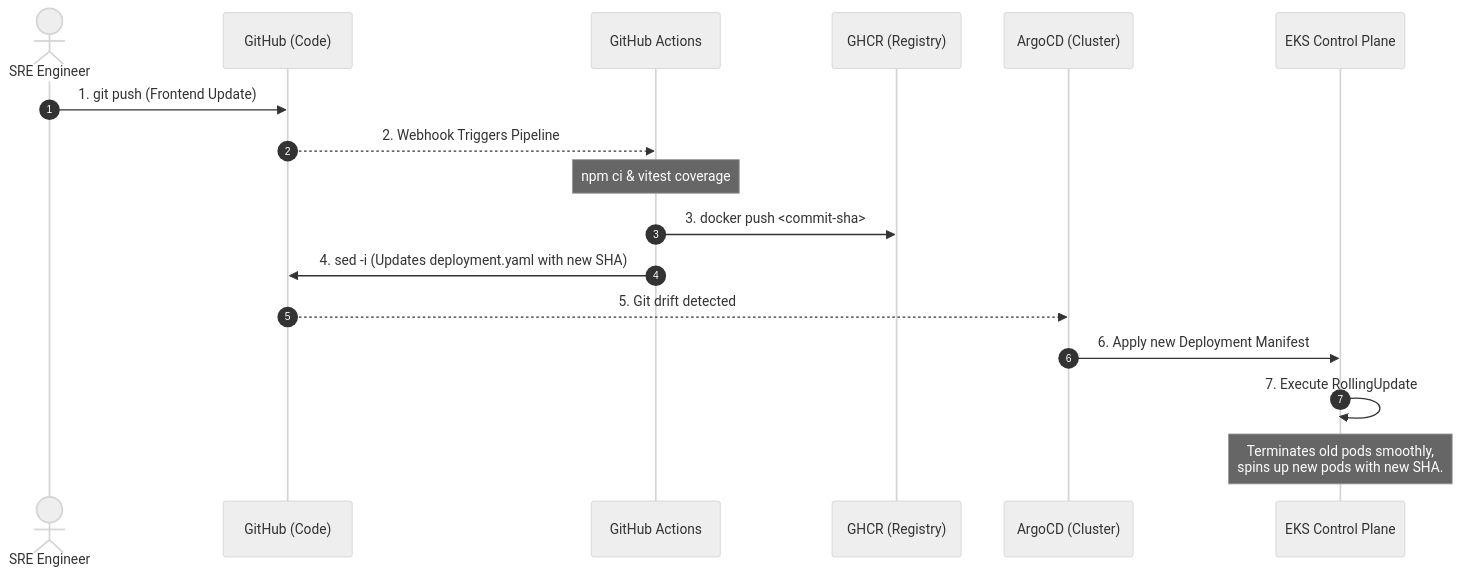
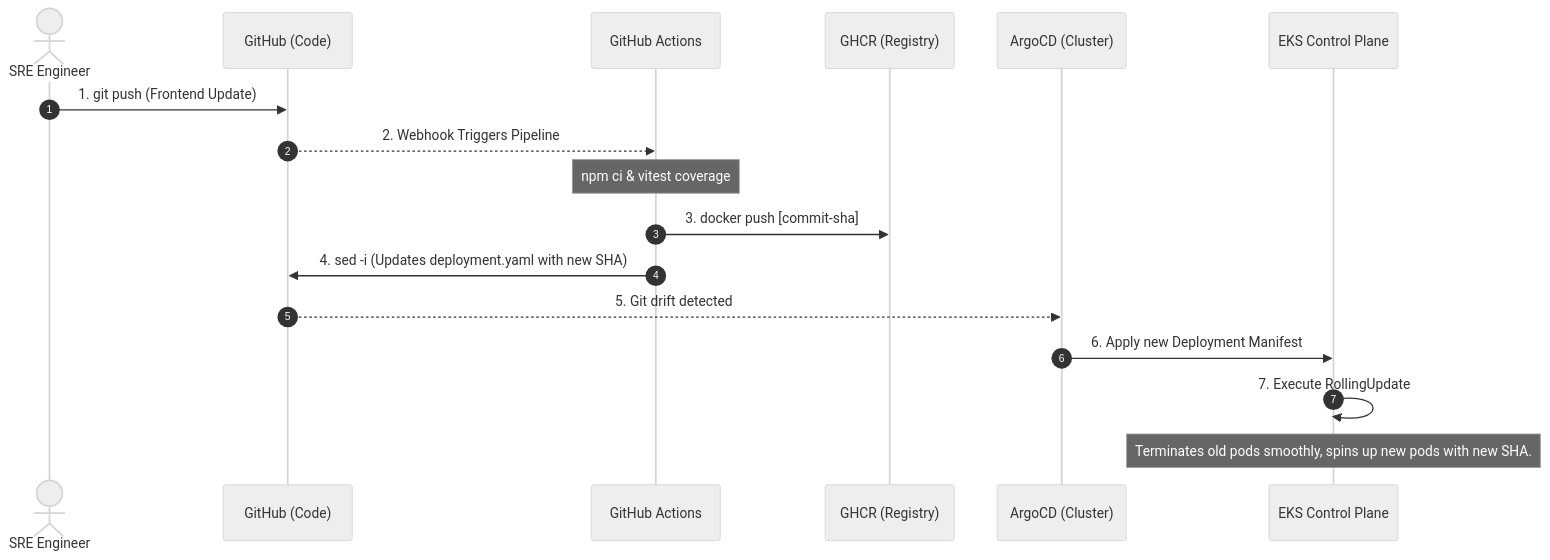
The third of 3 diagrams in docs/report/Cloud_Sentinel_Final_Report.md (charan21042005/cloud-sentinel-platform), drawn with Mermaid (neutral theme) before and after one commit.

Commit message:
docs: fix mermaid sequence diagram syntax error in Section 4

````diff
--- a/docs/report/Cloud_Sentinel_Final_Report.md
+++ b/docs/report/Cloud_Sentinel_Final_Report.md
@@ -231,20 +231,20 @@
 ```mermaid
 sequenceDiagram
     autonumber
     actor Dev as SRE Engineer
     participant Git as GitHub (Code)
     participant CI as GitHub Actions
     participant Reg as GHCR (Registry)
     participant Argo as ArgoCD (Cluster)
     participant K8s as EKS Control Plane
     
     Dev->>Git: 1. git push (Frontend Update)
     Git-->>CI: 2. Webhook Triggers Pipeline
     Note over CI: npm ci & vitest coverage
-    CI->>Reg: 3. docker push <commit-sha>
+    CI->>Reg: 3. docker push [commit-sha]
     CI->>Git: 4. sed -i (Updates deployment.yaml with new SHA)
     Git-->>Argo: 5. Git drift detected
     Argo->>K8s: 6. Apply new Deployment Manifest
     K8s->>K8s: 7. Execute RollingUpdate
-    Note over K8s: Terminates old pods smoothly,<br/>spins up new pods with new SHA.
+    Note over K8s: Terminates old pods smoothly, spins up new pods with new SHA.
 ```
````
